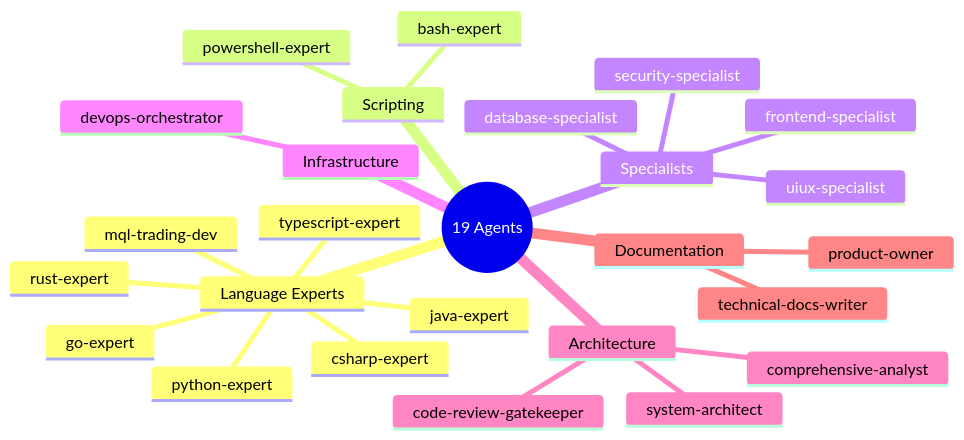
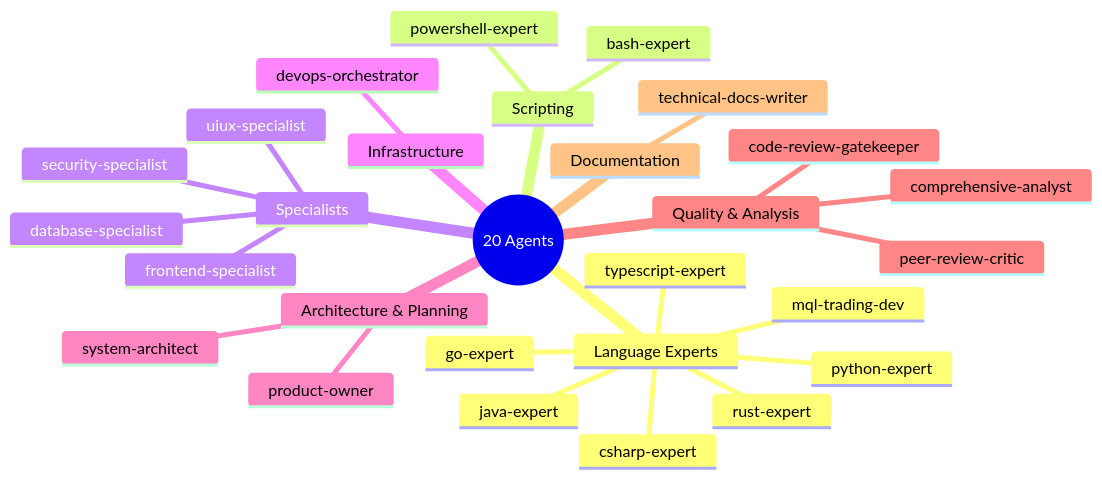
One commit to tomas-rampas/claude-agentic-framework changed the fourth of 4 diagrams in skills/workflow-visualizer.md. Above: the diagram before and after it, drawn with Mermaid. The commit also changed other lines of this file and 16 other files, not shown here.

First line of the commit message:
docs: document peer-review-critic agent + final-gate hook; sync agent count to 20 (#17)

````diff
--- a/skills/workflow-visualizer.md
+++ b/skills/workflow-visualizer.md
@@ -107,29 +107,31 @@
 ```mermaid
 mindmap
-  root((19 Agents))
+  root((20 Agents))
     Language Experts
       rust-expert
       csharp-expert
       go-expert
       java-expert
       python-expert
       typescript-expert
       mql-trading-dev
     Scripting
       bash-expert
       powershell-expert
     Specialists
       database-specialist
       frontend-specialist
       security-specialist
       uiux-specialist
     Infrastructure
       devops-orchestrator
-    Architecture
+    Architecture & Planning
       system-architect
+      product-owner
+    Quality & Analysis
       comprehensive-analyst
       code-review-gatekeeper
+      peer-review-critic
     Documentation
       technical-docs-writer
-      product-owner
 ```
````
